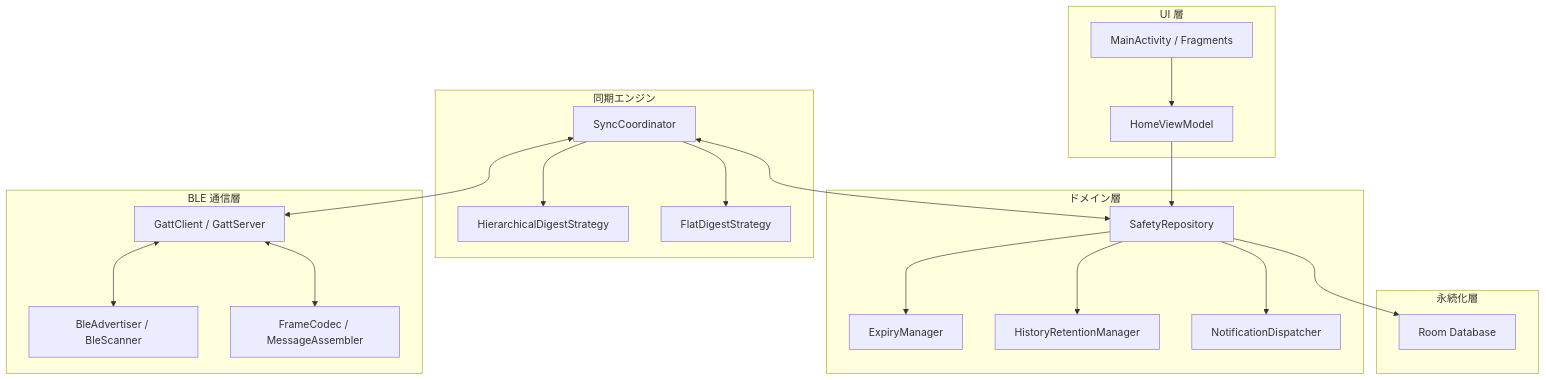
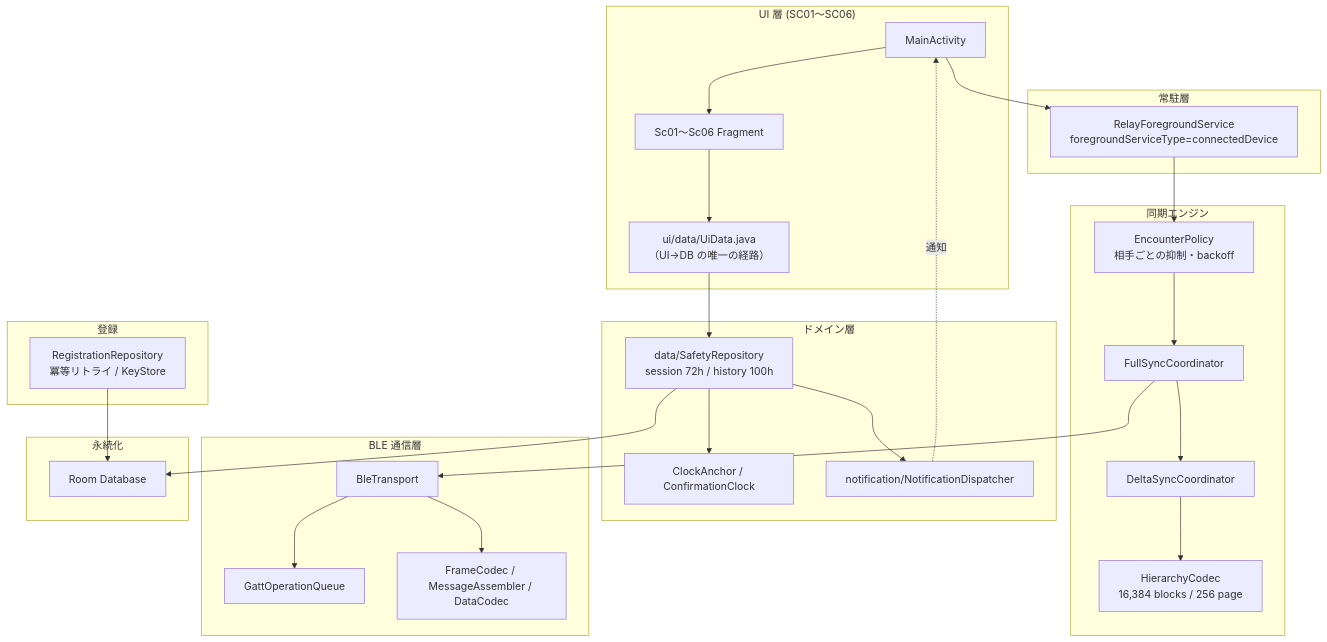
One commit to goshieta/crosspath changed the diagram in README.md. Above: the diagram before and after it, drawn with Mermaid. The commit also changed other lines of this file, not shown here.

````diff
--- a/README.md
+++ b/README.md
@@ -85,42 +151,51 @@
 ```mermaid
 flowchart TB
-    subgraph UI["UI 層"]
-        MA["MainActivity / Fragments"]
-        VM["HomeViewModel"]
+    subgraph UI["UI 層 (SC01〜SC06)"]
+        MA["MainActivity"]
+        FR["Sc01〜Sc06 Fragment"]
+        UD["ui/data/UiData.java<br/>（UI→DB の唯一の経路）"]
     end
 
-    subgraph Domain["ドメイン層"]
-        Repo["SafetyRepository"]
-        Expiry["ExpiryManager"]
-        History["HistoryRetentionManager"]
-        Notify["NotificationDispatcher"]
+    subgraph SVC["常駐層"]
+        FGS["RelayForegroundService<br/>foregroundServiceType=connectedDevice"]
     end
 
-    subgraph Sync["同期エンジン"]
-        Coord["SyncCoordinator"]
-        Hier["HierarchicalDigestStrategy"]
-        Flat["FlatDigestStrategy"]
+    subgraph DOMAIN["ドメイン層"]
+        SR["data/SafetyRepository<br/>session 72h / history 100h"]
+        CK["ClockAnchor / ConfirmationClock"]
+        ND["notification/NotificationDispatcher"]
     end
 
-    subgraph BLE["BLE 通信層"]
-        Adv["BleAdvertiser / BleScanner"]
-        Gatt["GattClient / GattServer"]
-        Codec["FrameCodec / MessageAssembler"]
+    subgraph SYNC["同期エンジン"]
+        EC["EncounterPolicy<br/>相手ごとの抑制・backoff"]
+        FS["FullSyncCoordinator"]
+        DS["DeltaSyncCoordinator"]
+        HC["HierarchyCodec<br/>16,384 blocks / 256 page"]
     end
 
-    subgraph Data["永続化層"]
-        Room["Room Database"]
+    subgraph BLEL["BLE 通信層"]
+        Q["GattOperationQueue"]
+        BT["BleTransport"]
+        FC["FrameCodec / MessageAssembler / DataCodec"]
     end
 
-    MA --> VM --> Repo
-    Repo --> Room
-    Repo --> Expiry
-    Repo --> History
-    Repo --> Notify
-    Coord <--> Repo
-    Coord --> Hier
-    Coord --> Flat
-    Coord <--> Gatt
-    Gatt <--> Adv
-    Gatt <--> Codec
+    subgraph REG["登録"]
+        RR["RegistrationRepository<br/>冪等リトライ / KeyStore"]
+    end
+
+    subgraph DATA["永続化"]
+        ROOM["Room Database"]
+    end
+
+    MA --> FR --> UD --> SR
+    MA --> FGS
+    FGS --> EC --> FS
+    FS --> DS --> HC
+    FS --> BT --> Q
+    BT --> FC
+    SR --> ROOM
+    SR --> CK
+    SR --> ND
+    RR --> ROOM
+    ND -. 通知 .-> MA
 ```
````
